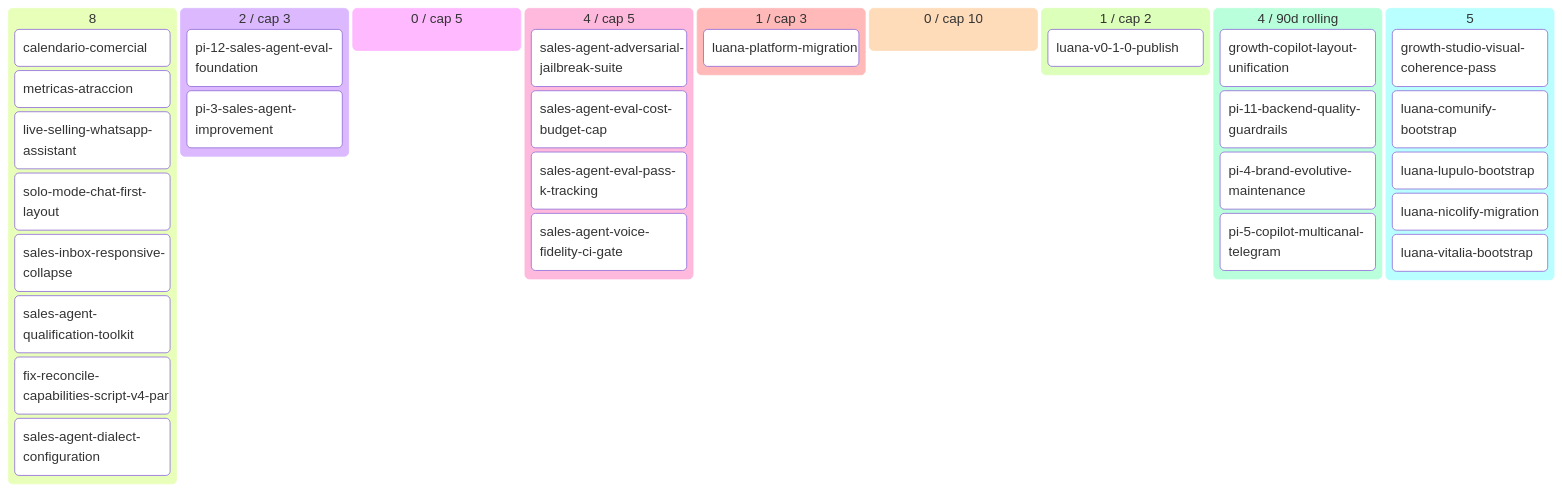
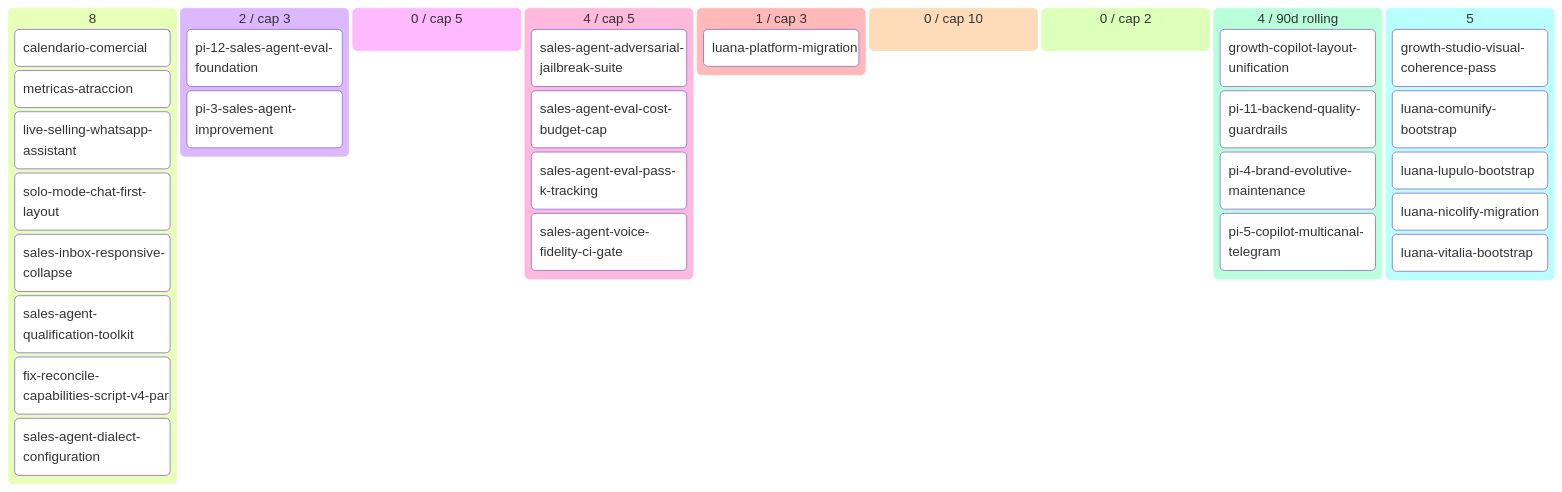
The diagram in docs/product/BACKLOG.md (alpacapurpura/ap_sales_agent), drawn with Mermaid before and after one commit. The commit also changed other lines of this file and 18 other files, not shown here.

First line of the commit message:
feat(luana-platform-migration): close Story 9 luana-v0-1-0-publish DONE + archive + Session 4 close

````diff
--- a/docs/product/BACKLOG.md
+++ b/docs/product/BACKLOG.md
@@ -62,37 +62,36 @@
 ```mermaid
 kanban
   💡 Ideas (8)
     calendario-comercial[calendario-comercial]
     metricas-atraccion[metricas-atraccion]
     live-selling-whatsapp-assistan[live-selling-whatsapp-assistant]
     solo-mode-chat-first-layout[solo-mode-chat-first-layout]
     sales-inbox-responsive-collaps[sales-inbox-responsive-collapse]
     sales-agent-qualification-tool[sales-agent-qualification-toolkit]
     fix-reconcile-capabilities-scr[fix-reconcile-capabilities-script-v4-par]
     sales-agent-dialect-configurat[sales-agent-dialect-configuration]
   🔬 Refining (2 / cap 3)
     pi-12-sales-agent-eval-foundat[pi-12-sales-agent-eval-foundation]
     pi-3-sales-agent-improvement[pi-3-sales-agent-improvement]
   ✅ Refined (0 / cap 5)
   📦 Ready (4 / cap 5)
     sales-agent-adversarial-jailbr[sales-agent-adversarial-jailbreak-suite]
     sales-agent-eval-cost-budget-c[sales-agent-eval-cost-budget-cap]
     sales-agent-eval-pass-k-tracki[sales-agent-eval-pass-k-tracking]
     sales-agent-voice-fidelity-ci-[sales-agent-voice-fidelity-ci-gate]
   🔨 Developing (1 / cap 3)
     luana-platform-migration[luana-platform-migration]
   🧪 Developed (0 / cap 10)
-  🔍 Reviewing (1 / cap 2)
-    luana-v0-1-0-publish[luana-v0-1-0-publish]
+  🔍 Reviewing (0 / cap 2)
   ✅ Done (4 / 90d rolling)
     growth-copilot-layout-unificat[growth-copilot-layout-unification]
     pi-11-backend-quality-guardrai[pi-11-backend-quality-guardrails]
     pi-4-brand-evolutive-maintenan[pi-4-brand-evolutive-maintenance]
     pi-5-copilot-multicanal-telegr[pi-5-copilot-multicanal-telegram]
   🅿 Parked (5)
     growth-studio-visual-coherence[growth-studio-visual-coherence-pass]
     luana-comunify-bootstrap[luana-comunify-bootstrap]
     luana-lupulo-bootstrap[luana-lupulo-bootstrap]
     luana-nicolify-migration[luana-nicolify-migration]
     luana-vitalia-bootstrap[luana-vitalia-bootstrap]
 ```
````
